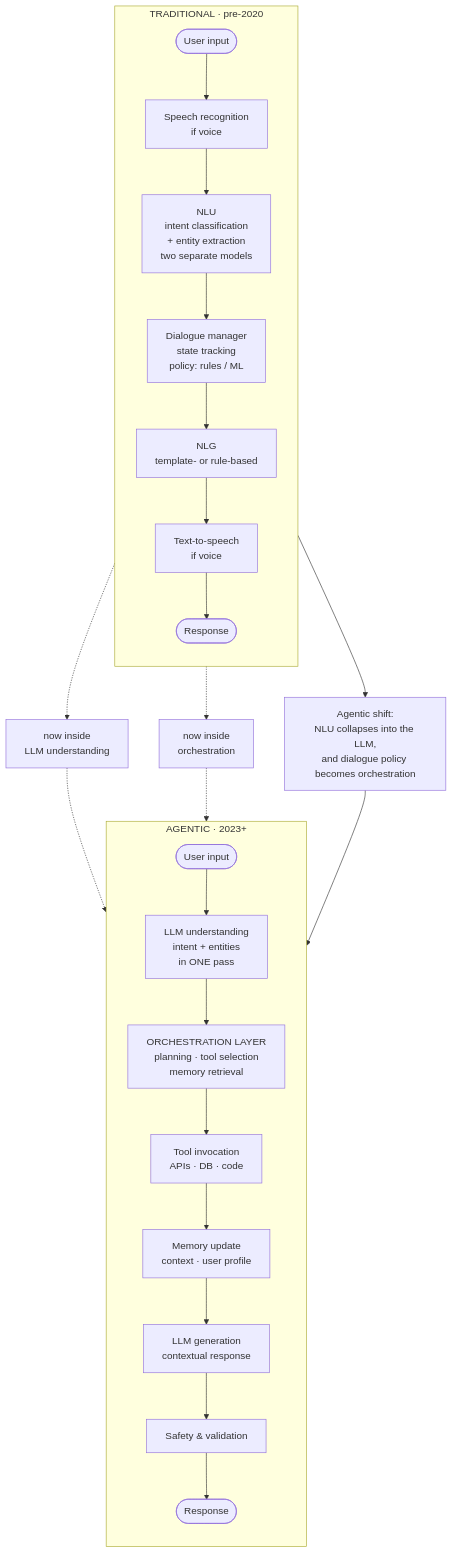
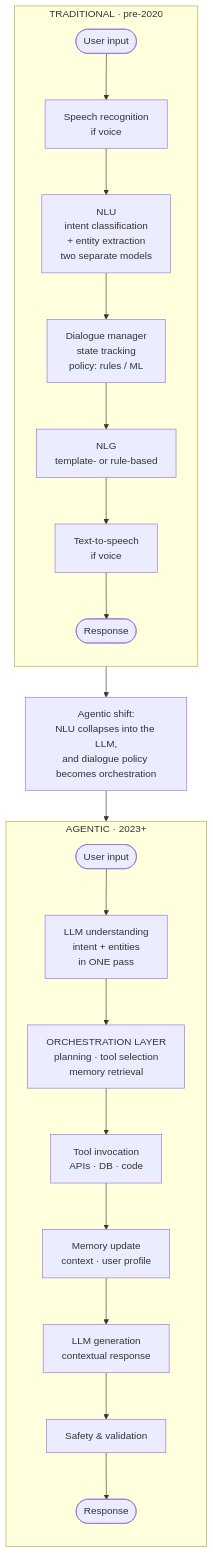
The third of 12 diagrams in 2026-2027-Sem1/AIMLCZG521-ConversationalAI/notes/S01-foundations.md (sanjaykumarpushadapu/MTech), drawn with Mermaid before and after one commit. The commit also changed other lines of this file and 3 other files, not shown here.

````diff
--- a/2026-2027-Sem1/AIMLCZG521-ConversationalAI/notes/S01-foundations.md
+++ b/2026-2027-Sem1/AIMLCZG521-ConversationalAI/notes/S01-foundations.md
@@ -96,28 +96,24 @@
 ```mermaid
 flowchart TD
     subgraph T["TRADITIONAL · pre-2020"]
         direction TB
         U1([User input]) --> SR["Speech recognition<br/>if voice"]
         SR --> NLU["NLU<br/>intent classification<br/>+ entity extraction<br/>two separate models"]
         NLU --> DM["Dialogue manager<br/>state tracking<br/>policy: rules / ML"]
         DM --> NLG["NLG<br/>template- or rule-based"]
         NLG --> TTS["Text-to-speech<br/>if voice"]
         TTS --> R1([Response])
     end
     T --> SHIFT["Agentic shift:<br/>NLU collapses into the LLM,<br/>and dialogue policy becomes orchestration"]
     SHIFT --> A
     subgraph A["AGENTIC · 2023+"]
         direction TB
         U2([User input]) --> LLM["LLM understanding<br/>intent + entities<br/>in ONE pass"]
         LLM --> ORC["ORCHESTRATION LAYER<br/>planning · tool selection<br/>memory retrieval"]
         ORC --> TOOL["Tool invocation<br/>APIs · DB · code"]
         TOOL --> MEM["Memory update<br/>context · user profile"]
         MEM --> GEN["LLM generation<br/>contextual response"]
         GEN --> SAFE["Safety & validation"]
         SAFE --> R2([Response])
     end
-    NLU -.-> MAP1["now inside<br/>LLM understanding"]
-    DM -.-> MAP2["now inside<br/>orchestration"]
-    MAP1 -.-> LLM
-    MAP2 -.-> ORC
 ```
````
